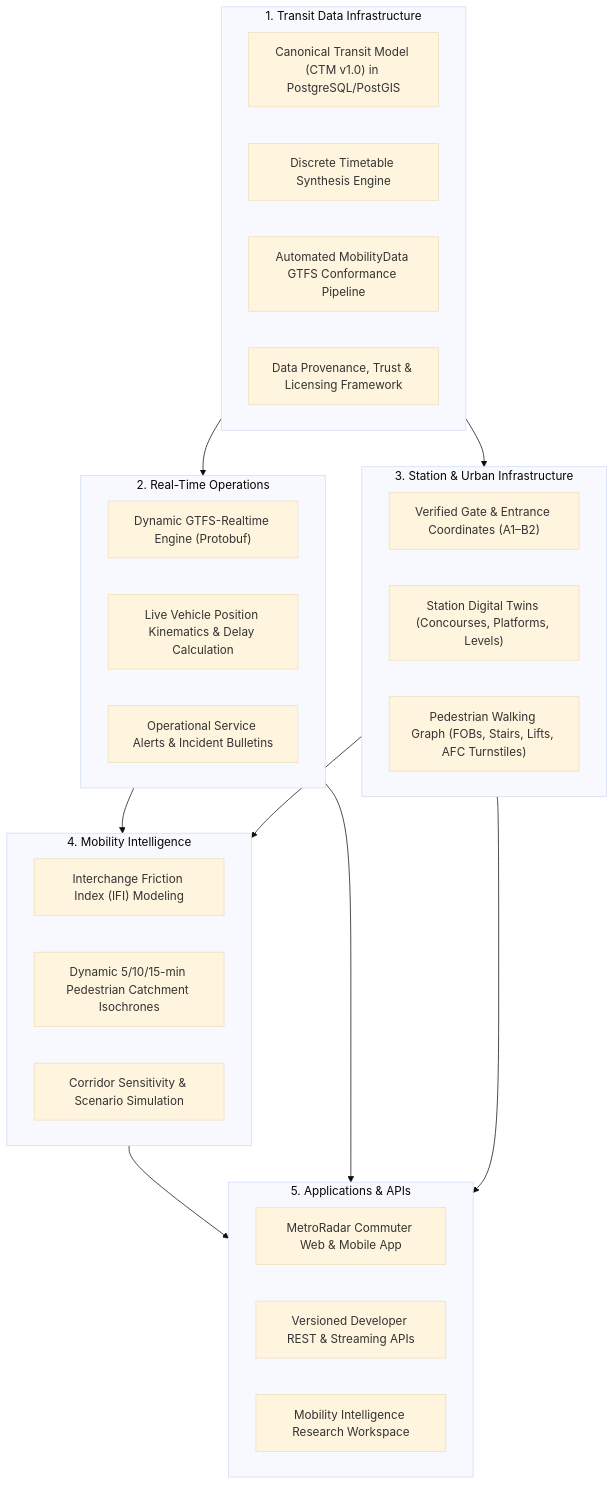
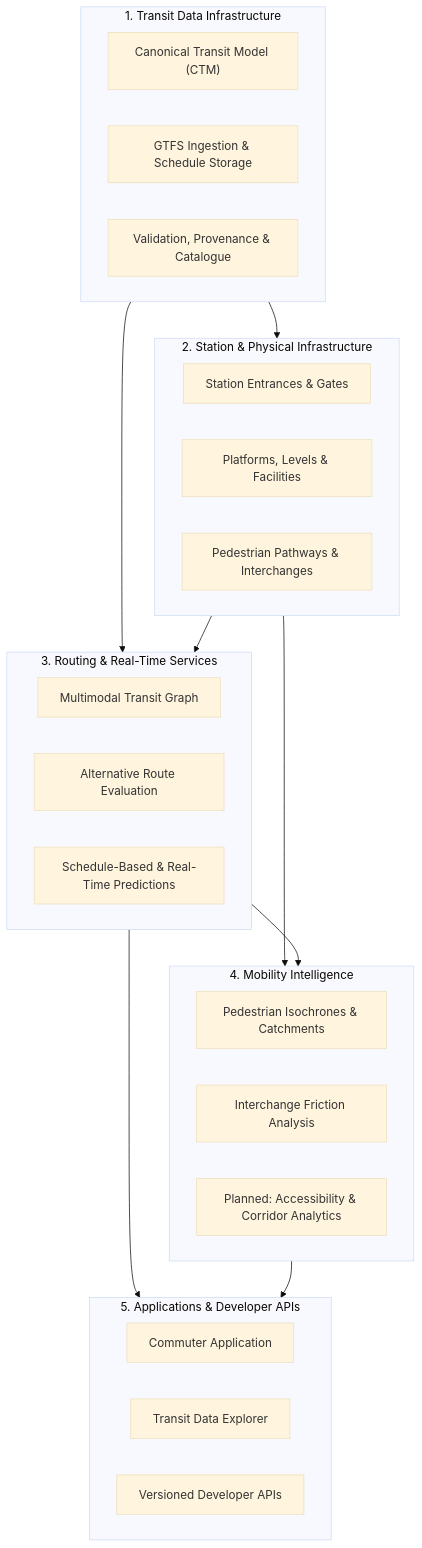
The diagram in README.md (Gautam2665/MetroRadar), drawn with Mermaid (base theme) before and after one commit. The commit also changed other lines of this file and 1 other file, not shown here.

First line of the commit message:
docs(readme): reposition platform around transit data infrastructure and public value

````diff
--- a/README.md
+++ b/README.md
@@ -35,39 +51,38 @@
 ```mermaid
 flowchart TD
-    subgraph L5["5. Applications & APIs"]
-        A1["MetroRadar Commuter Web & Mobile App"]
-        A2["Versioned Developer REST & Streaming APIs"]
-        A3["Mobility Intelligence Research Workspace"]
+    subgraph S1["1. Transit Data Infrastructure"]
+        D1["Canonical Transit Model (CTM)"]
+        D2["GTFS Ingestion & Schedule Storage"]
+        D3["Validation, Provenance & Catalogue"]
     end
 
-    subgraph L4["4. Mobility Intelligence"]
-        M1["Interchange Friction Index (IFI) Modeling"]
-        M2["Dynamic 5/10/15-min Pedestrian Catchment Isochrones"]
-        M3["Corridor Sensitivity & Scenario Simulation"]
+    subgraph S2["2. Station & Physical Infrastructure"]
+        I1["Station Entrances & Gates"]
+        I2["Platforms, Levels & Facilities"]
+        I3["Pedestrian Pathways & Interchanges"]
     end
 
-    subgraph L3["3. Station & Urban Infrastructure"]
-        S1["Verified Gate & Entrance Coordinates (A1–B2)"]
-        S2["Station Digital Twins (Concourses, Platforms, Levels)"]
-        S3["Pedestrian Walking Graph (FOBs, Stairs, Lifts, AFC Turnstiles)"]
+    subgraph S3["3. Routing & Real-Time Services"]
+        R1["Multimodal Transit Graph"]
+        R2["Alternative Route Evaluation"]
+        R3["Schedule-Based & Real-Time Predictions"]
     end
 
-    subgraph L2["2. Real-Time Operations"]
-        R1["Dynamic GTFS-Realtime Engine (Protobuf)"]
-        R2["Live Vehicle Position Kinematics & Delay Calculation"]
-        R3["Operational Service Alerts & Incident Bulletins"]
+    subgraph S4["4. Mobility Intelligence"]
+        M1["Pedestrian Isochrones & Catchments"]
+        M2["Interchange Friction Analysis"]
+        M3["Planned: Accessibility & Corridor Analytics"]
     end
 
-    subgraph L1["1. Transit Data Infrastructure"]
-        D1["Canonical Transit Model (CTM v1.0) in PostgreSQL/PostGIS"]
-        D2["Discrete Timetable Synthesis Engine"]
-        D3["Automated MobilityData GTFS Conformance Pipeline"]
-        D4["Data Provenance, Trust & Licensing Framework"]
+    subgraph S5["5. Applications & Developer APIs"]
+        A1["Commuter Application"]
+        A2["Transit Data Explorer"]
+        A3["Versioned Developer APIs"]
     end
 
-    L1 --> L2
-    L1 --> L3
-    L2 & L3 --> L4
-    L4 --> L5
-    L2 & L3 --> L5
+    S1 --> S2
+    S1 --> S3
+    S2 --> S3
+    S2 & S3 --> S4
+    S3 & S4 --> S5
 ```
````
